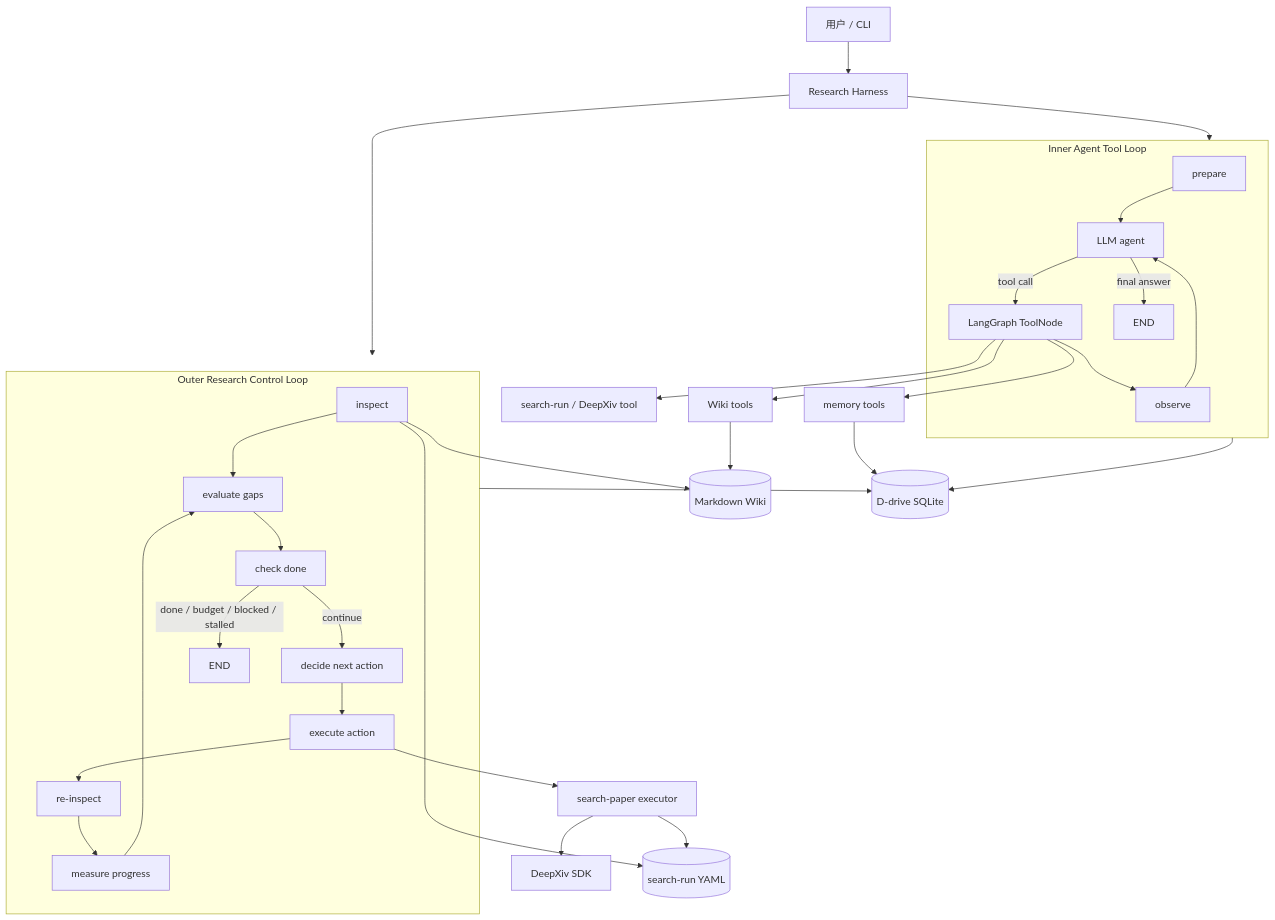
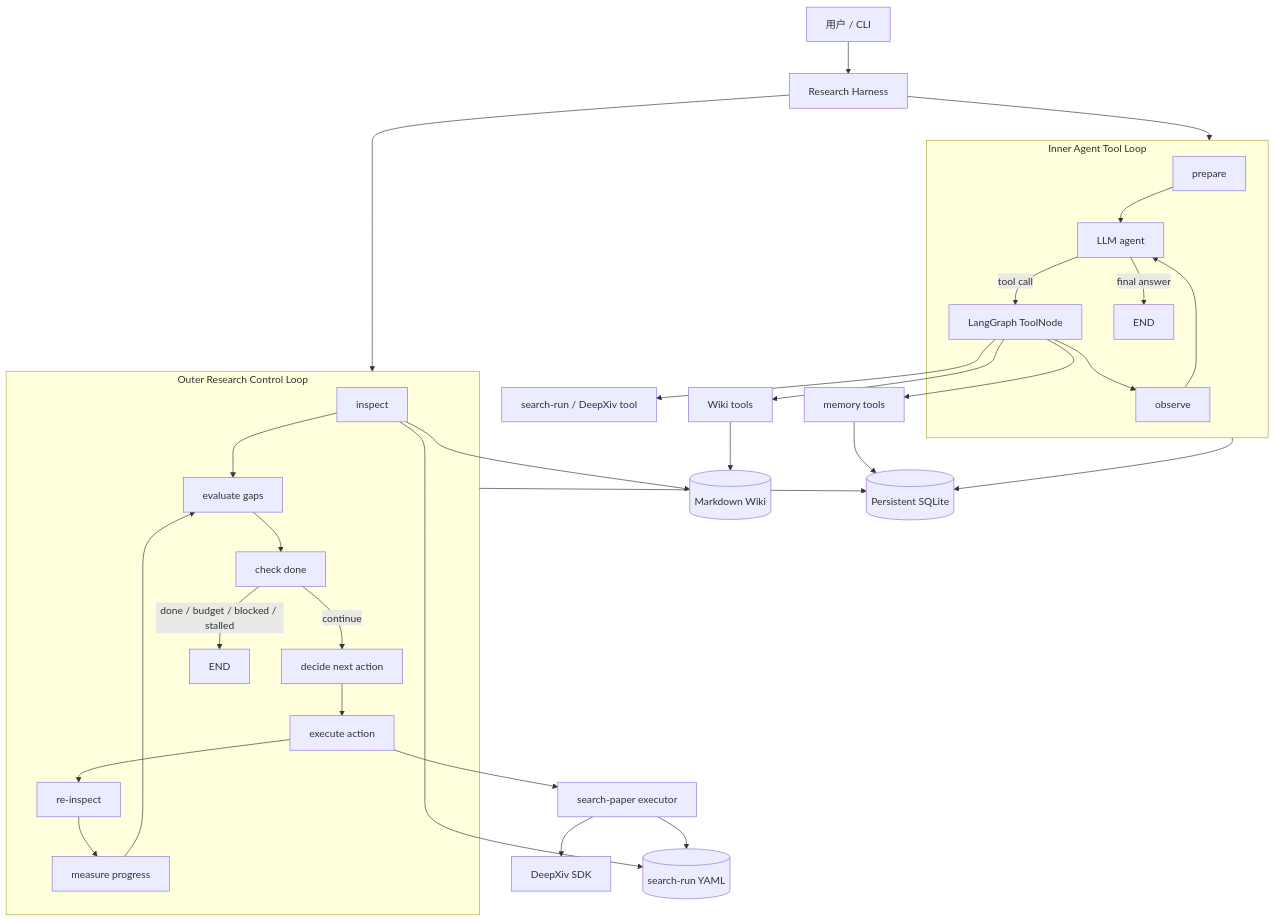
Before and after one commit to Yuhang-dev/auto-paper-research: the diagram in docs/SYSTEM_ARCHITECTURE.md, drawn with Mermaid. The commit also changed other lines of this file and 14 other files, not shown here.

````diff
--- a/docs/SYSTEM_ARCHITECTURE.md
+++ b/docs/SYSTEM_ARCHITECTURE.md
@@ -107,41 +107,41 @@
 ```mermaid
 flowchart TB
     U[用户 / CLI] --> H[Research Harness]
 
     subgraph Inner[Inner Agent Tool Loop]
         P[prepare] --> A[LLM agent]
         A -->|tool call| T[LangGraph ToolNode]
         T --> O[observe]
         O --> A
         A -->|final answer| IE[END]
     end
 
     subgraph Outer[Outer Research Control Loop]
         I[inspect] --> G[evaluate gaps]
         G --> D[check done]
         D -->|continue| N[decide next action]
         N --> X[execute action]
         X --> I2[re-inspect]
         I2 --> M[measure progress]
         M --> G
         D -->|done / budget / blocked / stalled| OE[END]
     end
 
     H --> Inner
     H --> Outer
 
     T --> WT[Wiki tools]
     T --> ST[search-run / DeepXiv tool]
     T --> MT[memory tools]
     X --> SR[search-paper executor]
 
     WT --> W[(Markdown Wiki)]
     SR --> DX[DeepXiv SDK]
     SR --> Y[(search-run YAML)]
     I --> W
     I --> Y
 
-    Inner --> DB[(D-drive SQLite)]
+    Inner --> DB[(Persistent SQLite)]
     Outer --> DB
     MT --> DB
 ```
````
